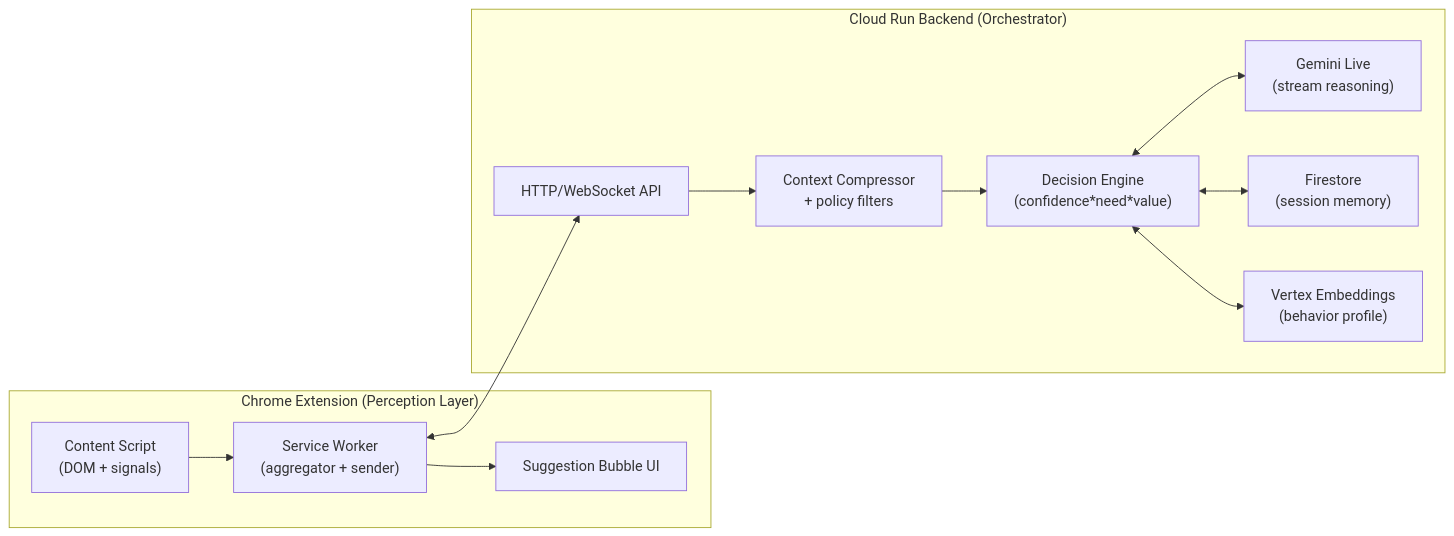
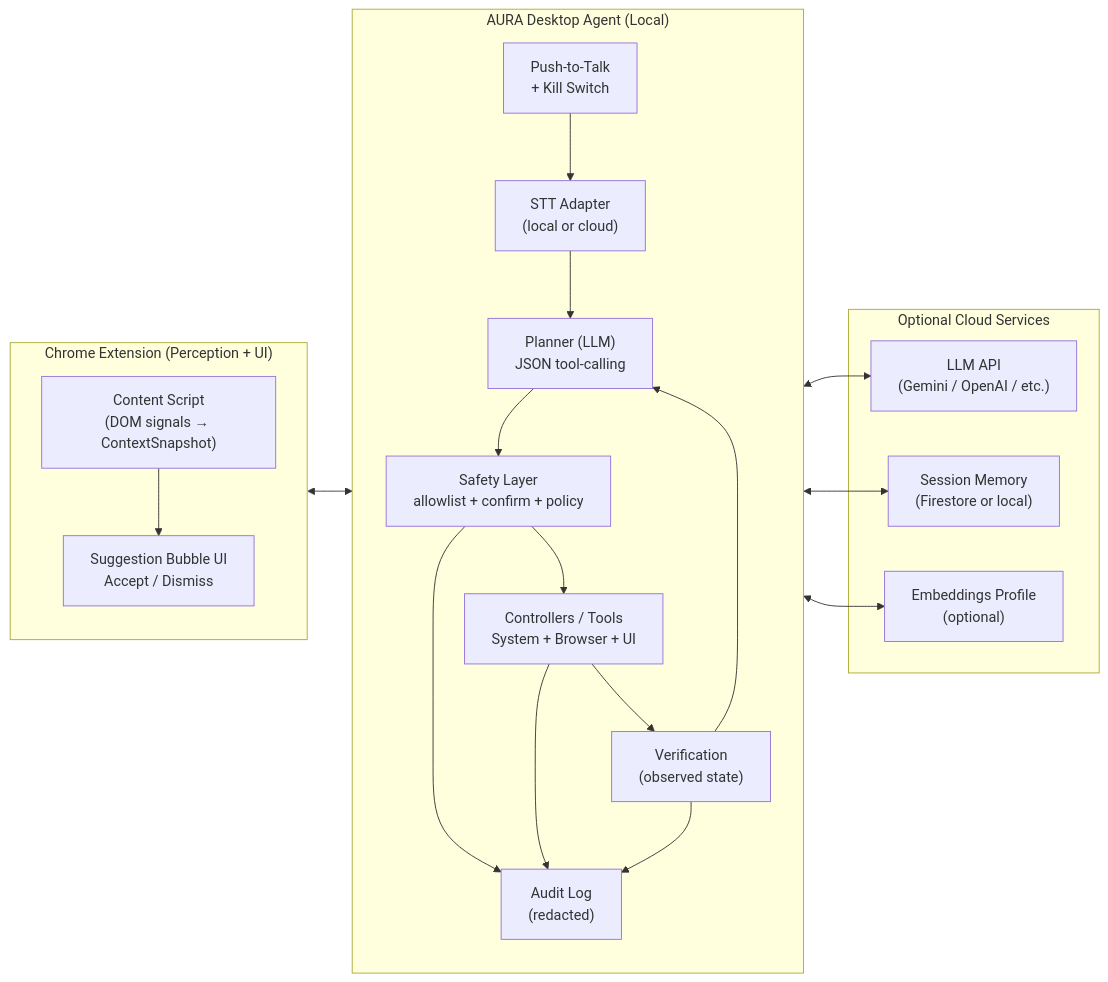
The diagram in README.md (optimusbuilder/Jarvis), drawn with Mermaid before and after one commit. The commit also changed other lines of this file, not shown here.

Commit message:
Document AURA copilot vision

````diff
--- a/README.md
+++ b/README.md
@@ -38,25 +34,33 @@
 ```mermaid
 flowchart LR
-  subgraph Chrome["Chrome Extension (Perception Layer)"]
-    CS["Content Script\n(DOM + signals)"]
-    BG["Service Worker\n(aggregator + sender)"]
-    UI["Suggestion Bubble UI"]
-    CS --> BG
-    BG --> UI
+  subgraph Browser["Chrome Extension (Perception + UI)"]
+    CS["Content Script\n(DOM signals → ContextSnapshot)"]
+    BGUI["Suggestion Bubble UI\nAccept / Dismiss"]
+    CS --> BGUI
   end
 
-  subgraph Backend["Cloud Run Backend (Orchestrator)"]
-    API["HTTP/WebSocket API"]
-    COMP["Context Compressor\n+ policy filters"]
-    DEC["Decision Engine\n(confidence*need*value)"]
-    MODEL["Gemini Live\n(stream reasoning)"]
-    MEM["Firestore\n(session memory)"]
-    EMB["Vertex Embeddings\n(behavior profile)"]
-    API --> COMP --> DEC
-    DEC <--> MODEL
-    DEC <--> MEM
-    DEC <--> EMB
+  subgraph Desktop["AURA Desktop Agent (Local)"]
+    PTT["Push‑to‑Talk\n+ Kill Switch"]
+    STT["STT Adapter\n(local or cloud)"]
+    PLAN["Planner (LLM)\nJSON tool-calling"]
+    SAFE["Safety Layer\nallowlist + confirm + policy"]
+    TOOLS["Controllers / Tools\nSystem + Browser + UI"]
+    VERIFY["Verification\n(observed state)"]
+    LOG["Audit Log\n(redacted)"]
+    PTT --> STT --> PLAN --> SAFE --> TOOLS --> VERIFY --> PLAN
+    SAFE --> LOG
+    TOOLS --> LOG
+    VERIFY --> LOG
   end
 
-  BG <--> API
+  subgraph Cloud["Optional Cloud Services"]
+    LLM["LLM API\n(Gemini / OpenAI / etc.)"]
+    MEM["Session Memory\n(Firestore or local)"]
+    EMB["Embeddings Profile\n(optional)"]
+  end
+
+  Browser <--> Desktop
+  Desktop <--> LLM
+  Desktop <--> MEM
+  Desktop <--> EMB
 ```
````
